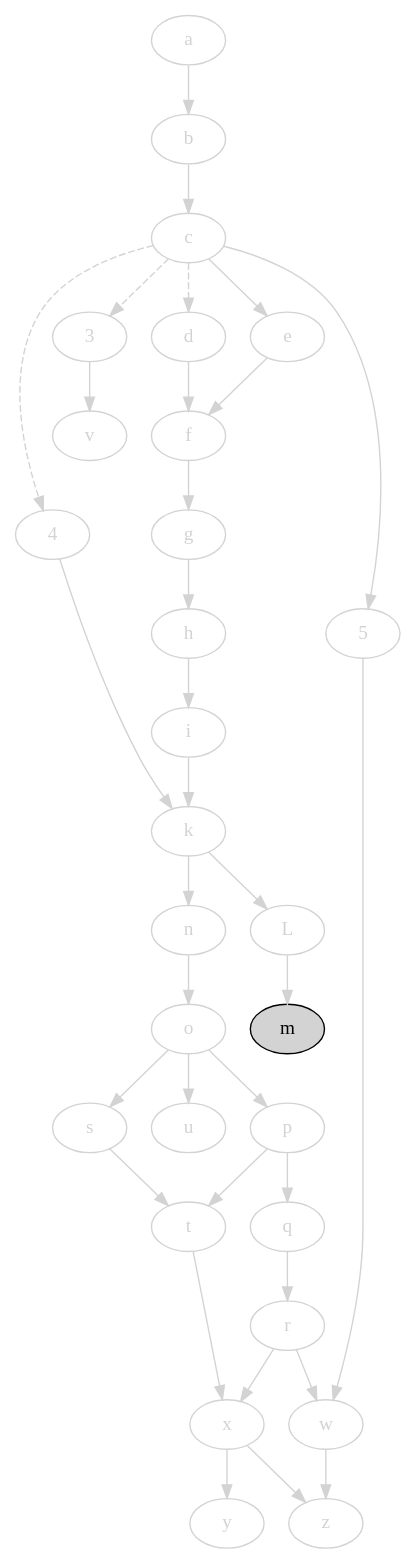
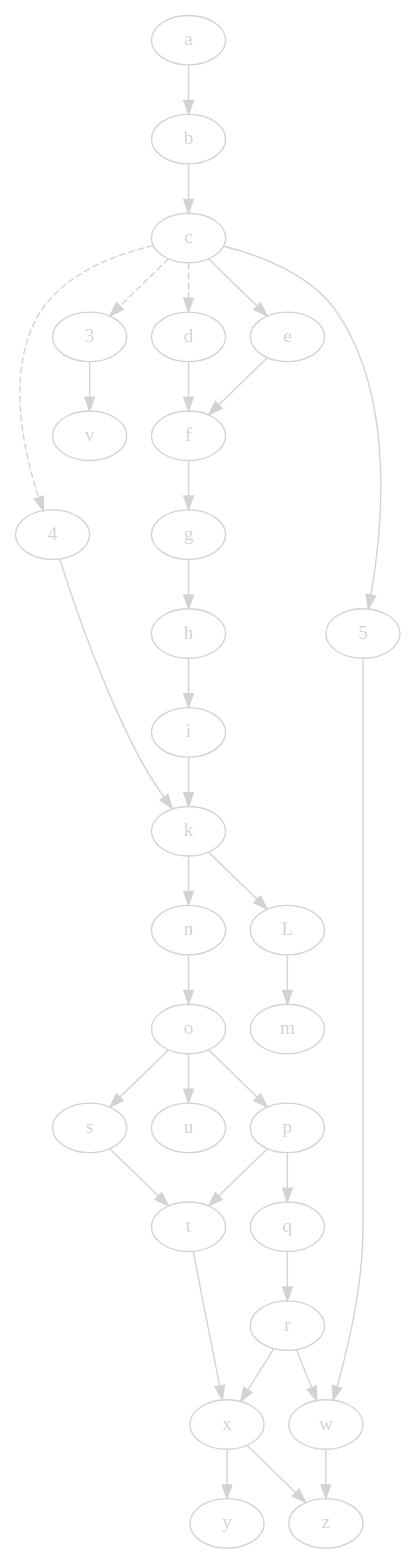
The diagram in svm-startup-deps.dot (jdmpapin/svm-startup-deps), drawn with Graphviz before and after one commit. The commit also changed 1 other file, not shown here.

```diff
--- a/svm-startup-deps.dot
+++ b/svm-startup-deps.dot
@@ -1,67 +1,67 @@
 digraph {
     // open: [style=filled,fillcolor=lightgrey]
     // closed: [color=lightgrey,fontcolor=lightgrey]
 
     4 [color=lightgrey,fontcolor=lightgrey];
     3 [color=lightgrey,fontcolor=lightgrey];
     a [color=lightgrey,fontcolor=lightgrey];
     b [color=lightgrey,fontcolor=lightgrey];
     c [color=lightgrey,fontcolor=lightgrey];
     d [color=lightgrey,fontcolor=lightgrey];
     e [color=lightgrey,fontcolor=lightgrey];
     f [color=lightgrey,fontcolor=lightgrey];
     g [color=lightgrey,fontcolor=lightgrey];
     h [color=lightgrey,fontcolor=lightgrey];
     i [color=lightgrey,fontcolor=lightgrey];
     k [color=lightgrey,fontcolor=lightgrey];
     L [color=lightgrey,fontcolor=lightgrey];
-    m [style=filled,fillcolor=lightgrey];
+    m [color=lightgrey,fontcolor=lightgrey];
     5 [color=lightgrey,fontcolor=lightgrey];
     n [color=lightgrey,fontcolor=lightgrey];
     o [color=lightgrey,fontcolor=lightgrey];
     p [color=lightgrey,fontcolor=lightgrey];
     q [color=lightgrey,fontcolor=lightgrey];
     r [color=lightgrey,fontcolor=lightgrey];
     s [color=lightgrey,fontcolor=lightgrey];
     t [color=lightgrey,fontcolor=lightgrey];
     u [color=lightgrey,fontcolor=lightgrey];
     v [color=lightgrey,fontcolor=lightgrey];
     w [color=lightgrey,fontcolor=lightgrey];
     x [color=lightgrey,fontcolor=lightgrey];
     y [color=lightgrey,fontcolor=lightgrey];
     z [color=lightgrey,fontcolor=lightgrey];
 
     4 -> k [color=lightgrey];
     c -> 4 [style=dashed,color=lightgrey];
     c -> 3 [style=dashed,color=lightgrey];
     c -> d [style=dashed,color=lightgrey];
     3 -> v [color=lightgrey];
     a -> b [color=lightgrey];
     b -> c [color=lightgrey];
     c -> e [color=lightgrey];
     c -> 5 [color=lightgrey];
     d -> f [color=lightgrey];
     e -> f [color=lightgrey];
     f -> g [color=lightgrey];
     g -> h [color=lightgrey];
     h -> i [color=lightgrey];
     i -> k [color=lightgrey];
     k -> L [color=lightgrey];
     L -> m [color=lightgrey];
     k -> n [color=lightgrey];
     n -> o [color=lightgrey];
     o -> p [color=lightgrey];
     p -> q [color=lightgrey];
     q -> r [color=lightgrey];
     o -> s [color=lightgrey];
     s -> t [color=lightgrey];
     p -> t [color=lightgrey];
     o -> u [color=lightgrey];
     5 -> w [color=lightgrey];
     r -> w [color=lightgrey];
     t -> x [color=lightgrey];
     r -> x [color=lightgrey];
     x -> y [color=lightgrey];
     x -> z [color=lightgrey];
     w -> z [color=lightgrey];
 }
```
